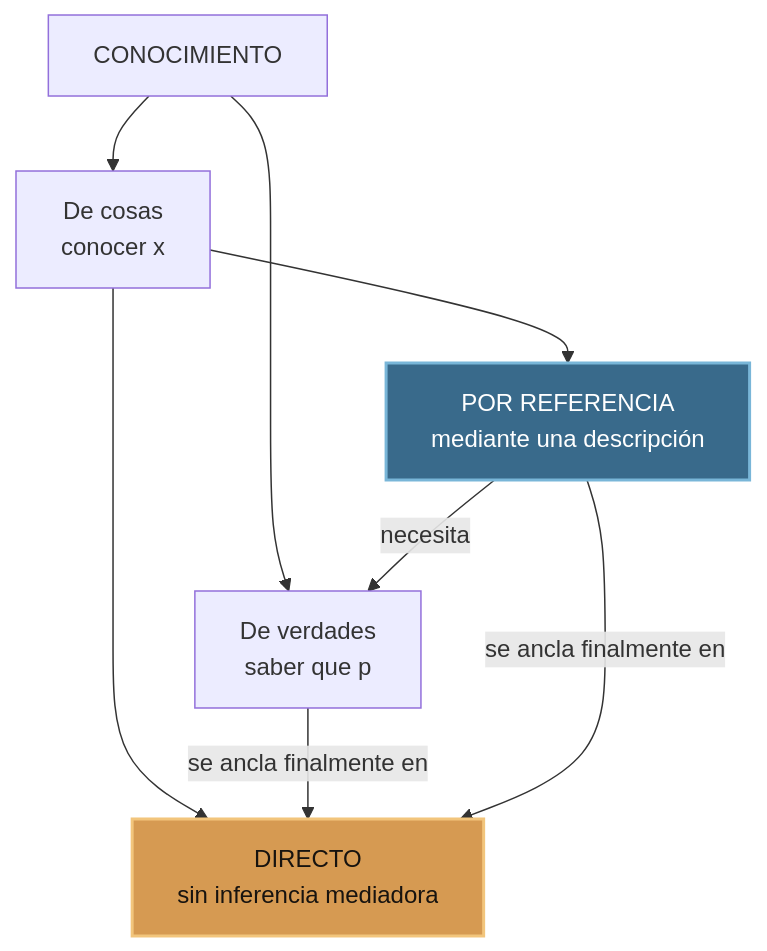
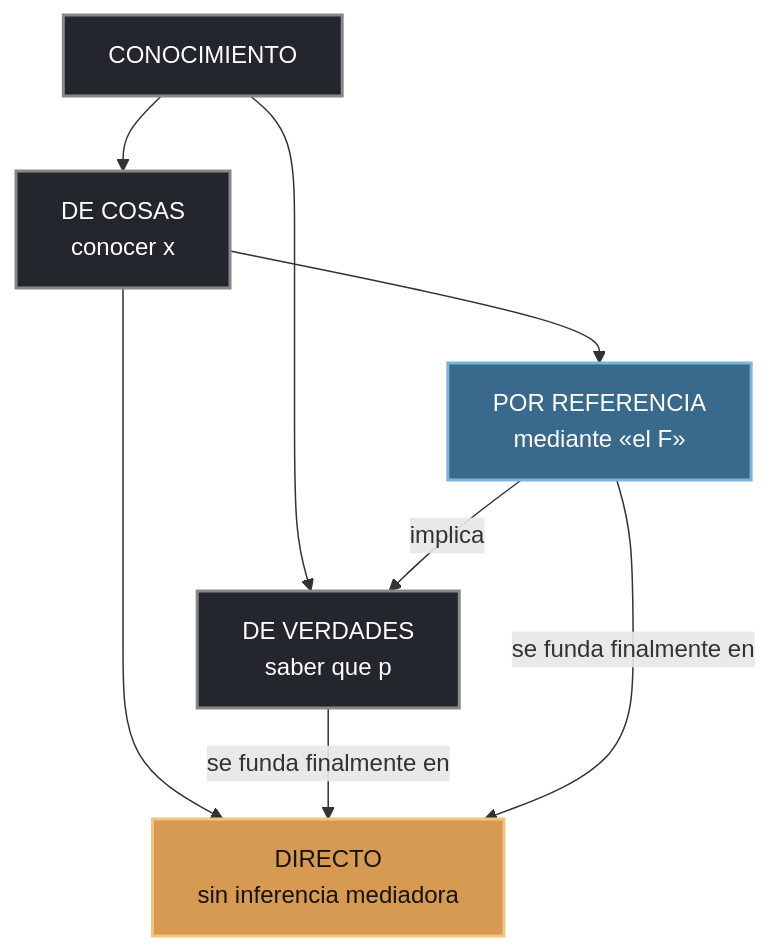
Before and after one commit to stevenvo780/russell-conocimiento-directo: the first of 8 diagrams in Capitulo5.md, drawn with Mermaid. The commit also changed other lines of this file and 10 other files, not shown here.

````diff
--- a/Capitulo5.md
+++ b/Capitulo5.md
@@ -69,16 +191,18 @@
 ```mermaid
 flowchart TD
     K["CONOCIMIENTO"]
-    K --> V["De verdades<br/>saber que p"]
-    K --> C["De cosas<br/>conocer x"]
+    K --> V["DE VERDADES<br/>saber que p"]
+    K --> C["DE COSAS<br/>conocer x"]
     C --> D["DIRECTO<br/>sin inferencia mediadora"]
-    C --> R["POR REFERENCIA<br/>mediante una descripción"]
-    R -->|necesita| V
-    V -->|se ancla finalmente en| D
-    R -->|se ancla finalmente en| D
+    C --> R["POR REFERENCIA<br/>mediante «el F»"]
+    R -->|implica| V
+    V -->|se funda finalmente en| D
+    R -->|se funda finalmente en| D
 
-    classDef direct fill:#d69a52,color:#17130f,stroke:#f2c57c,stroke-width:2px;
-    classDef reference fill:#396a8b,color:#fff,stroke:#79b6d8,stroke-width:2px;
-    class D direct;
-    class R reference;
+    classDef raiz fill:#24262d,color:#fff,stroke:#888,stroke-width:2px;
+    classDef directo fill:#d69a52,color:#17130f,stroke:#f2c57c,stroke-width:2px;
+    classDef referencia fill:#396a8b,color:#fff,stroke:#79b6d8,stroke-width:2px;
+    class K,C,V raiz;
+    class D directo;
+    class R referencia;
 ```
````
